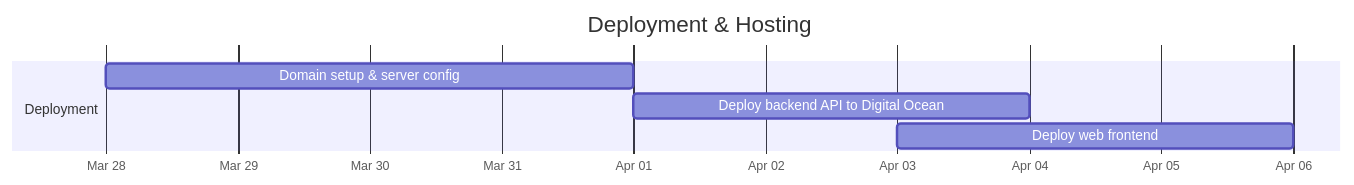
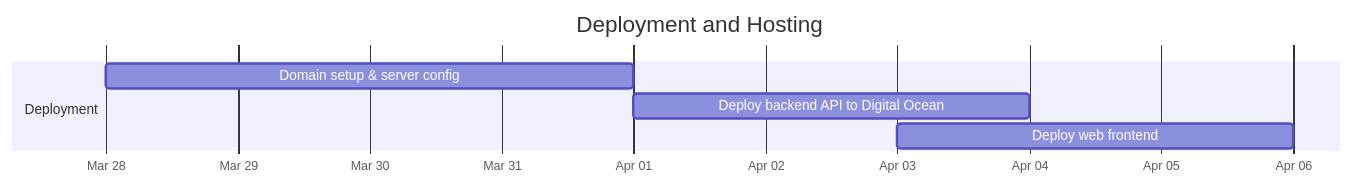
The fifth of 7 diagrams in GANTT.md (LuizGomes56/poosd_final_project), drawn with Mermaid before and after one commit. The commit also changed other lines of this file, not shown here.

````diff
--- a/GANTT.md
+++ b/GANTT.md
@@ -98,11 +98,11 @@
 ```mermaid
 gantt
-    title Deployment & Hosting
+    title Deployment and Hosting
     dateFormat  YYYY-MM-DD
     axisFormat  %b %d
 
     section Deployment
     Domain setup & server config         : dep1, 2026-03-28, 2026-04-01
     Deploy backend API to Digital Ocean  : dep2, 2026-04-01, 2026-04-04
     Deploy web frontend                  : dep3, 2026-04-03, 2026-04-06
 ```
````
